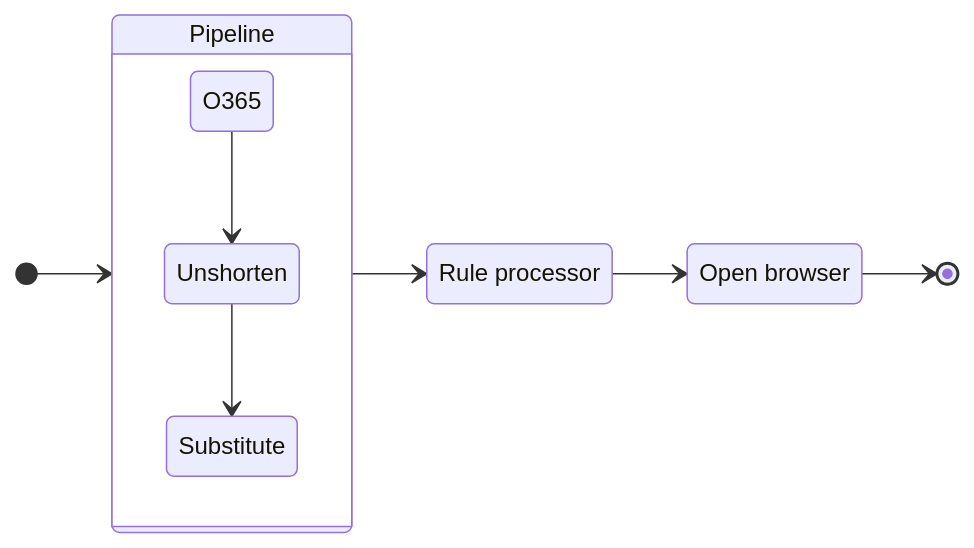
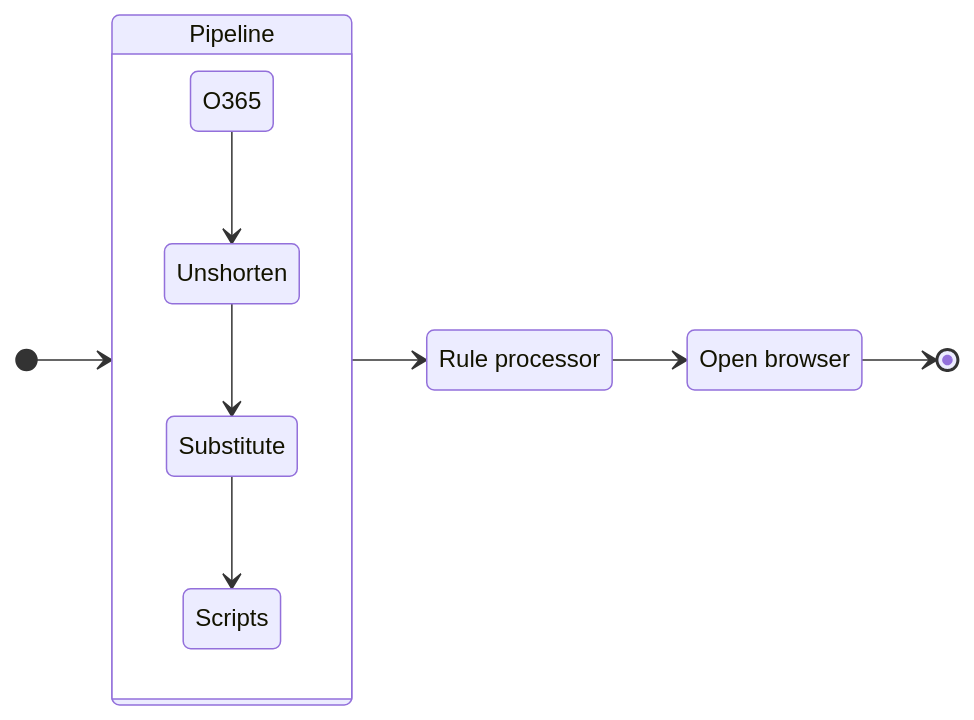
One commit to aloneguid/bt changed the diagram in wrs/topics/url-proc.md. Above: the diagram before and after it, drawn with Mermaid. The commit also changed other lines of this file and 27 other files, not shown here.

````diff
--- a/wrs/topics/url-proc.md
+++ b/wrs/topics/url-proc.md
@@ -11,14 +11,15 @@
 ```mermaid
 stateDiagram-v2
     direction LR
     RP: Rule processor
     B: Open browser
     state Pipeline {
         O365 --> Unshorten
         Unshorten --> Substitute
+        Substitute --> Scripts
     }
     [*] --> Pipeline
     Pipeline --> RP
     RP --> B
     B --> [*]
 ```
````
